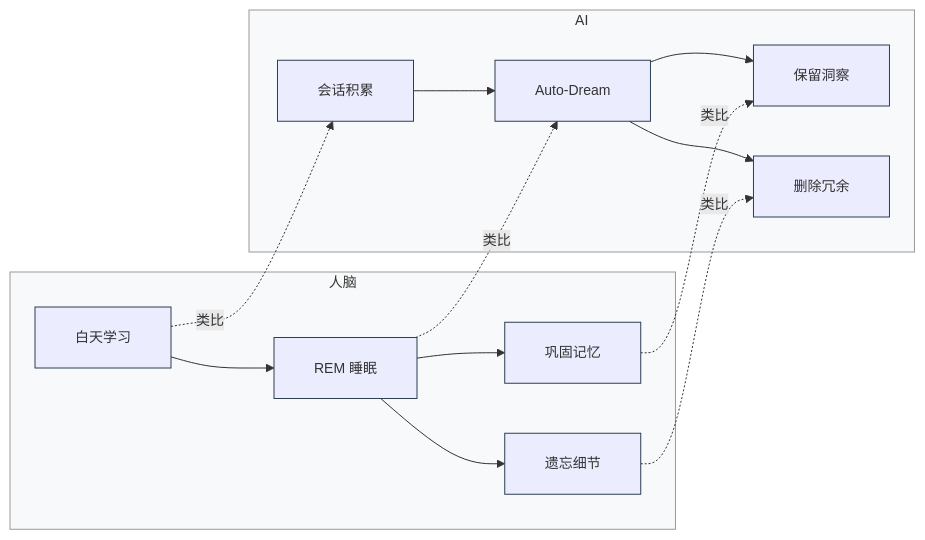
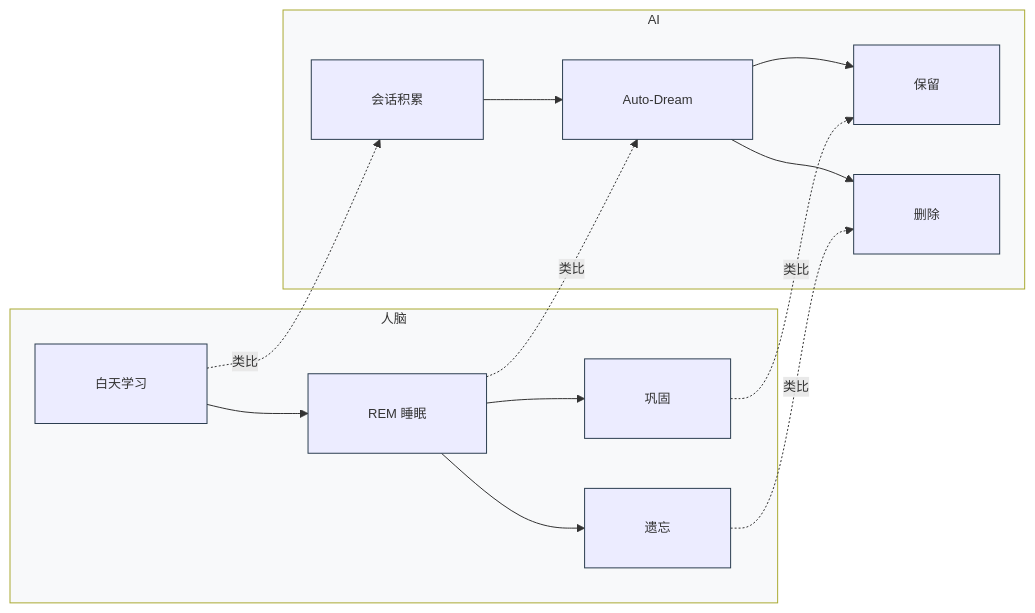
One commit to yufengyuanx/blog changed the first of 11 diagrams in docs/research/claude-code-auto-dream.md. Above: the diagram before and after it, drawn with Mermaid. The commit also changed other lines of this file, not shown here.

Commit message:
fix: 最终优化 Mermaid 图表（13px 字体 + 10px 边距 + 30px padding + 精简文字）

````diff
--- a/docs/research/claude-code-auto-dream.md
+++ b/docs/research/claude-code-auto-dream.md
@@ -19,20 +19,20 @@
 ```mermaid
-%%{init: {'theme': 'default', 'themeVariables': { 'fontSize': '14px', 'nodeBorder': '#2c3e50', 'clusterBkg': '#f8f9fa', 'nodeTextMargin': 4, 'clusterBorder': '#999' }, 'flowchart': { 'curve': 'basis', 'padding': 20 }}}%%
+%%{init: {'theme': 'default', 'themeVariables': { 'fontSize': '13px', 'nodeBorder': '#2c3e50', 'clusterBkg': '#f8f9fa', 'nodeTextMargin': 10 }, 'flowchart': { 'curve': 'basis', 'padding': 30 }}}%%
 graph LR
     subgraph 人脑
         A1[白天学习] --> A2[REM 睡眠]
-        A2 --> A3[巩固记忆]
-        A2 --> A4[遗忘细节]
+        A2 --> A3[巩固]
+        A2 --> A4[遗忘]
     end
     
     subgraph AI
         B1[会话积累] --> B2[Auto-Dream]
-        B2 --> B3[保留洞察]
-        B2 --> B4[删除冗余]
+        B2 --> B3[保留]
+        B2 --> B4[删除]
     end
     
     A1 -.->|类比 | B1
     A2 -.->|类比 | B2
     A3 -.->|类比 | B3
     A4 -.->|类比 | B4
 ```
````
